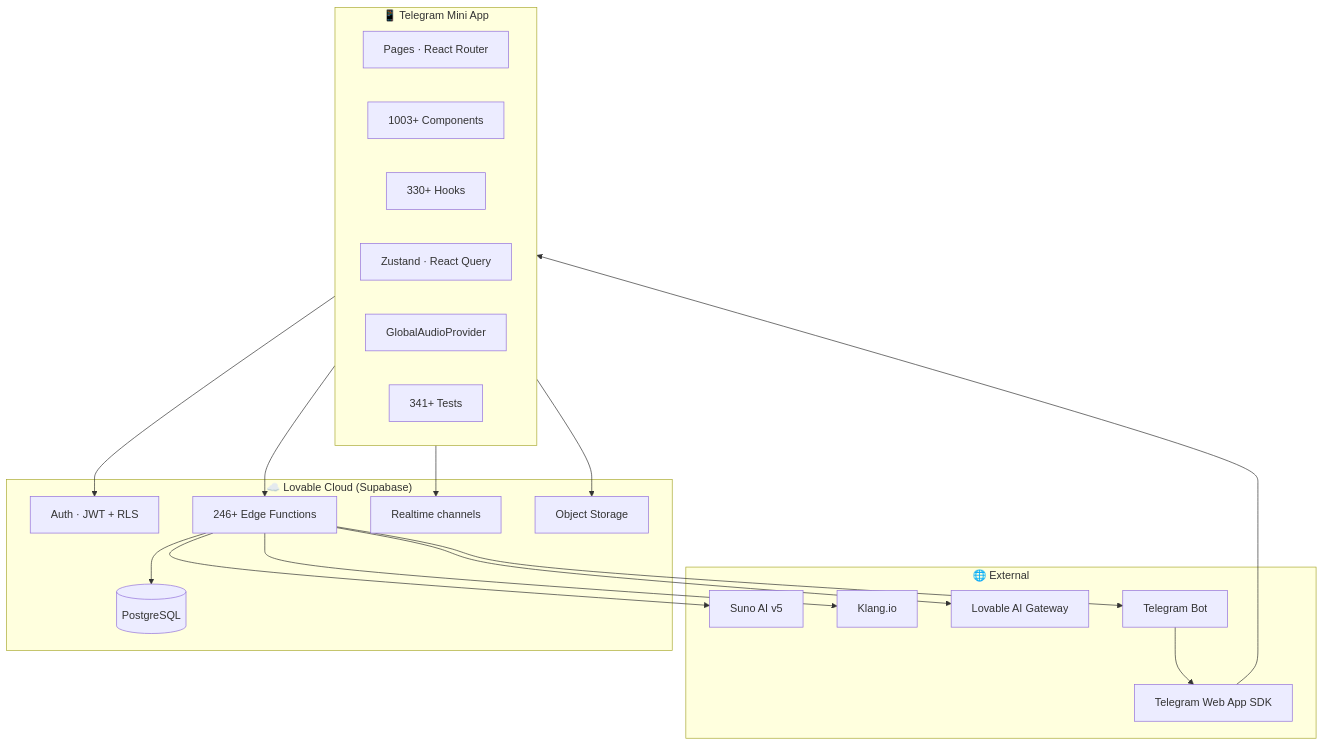
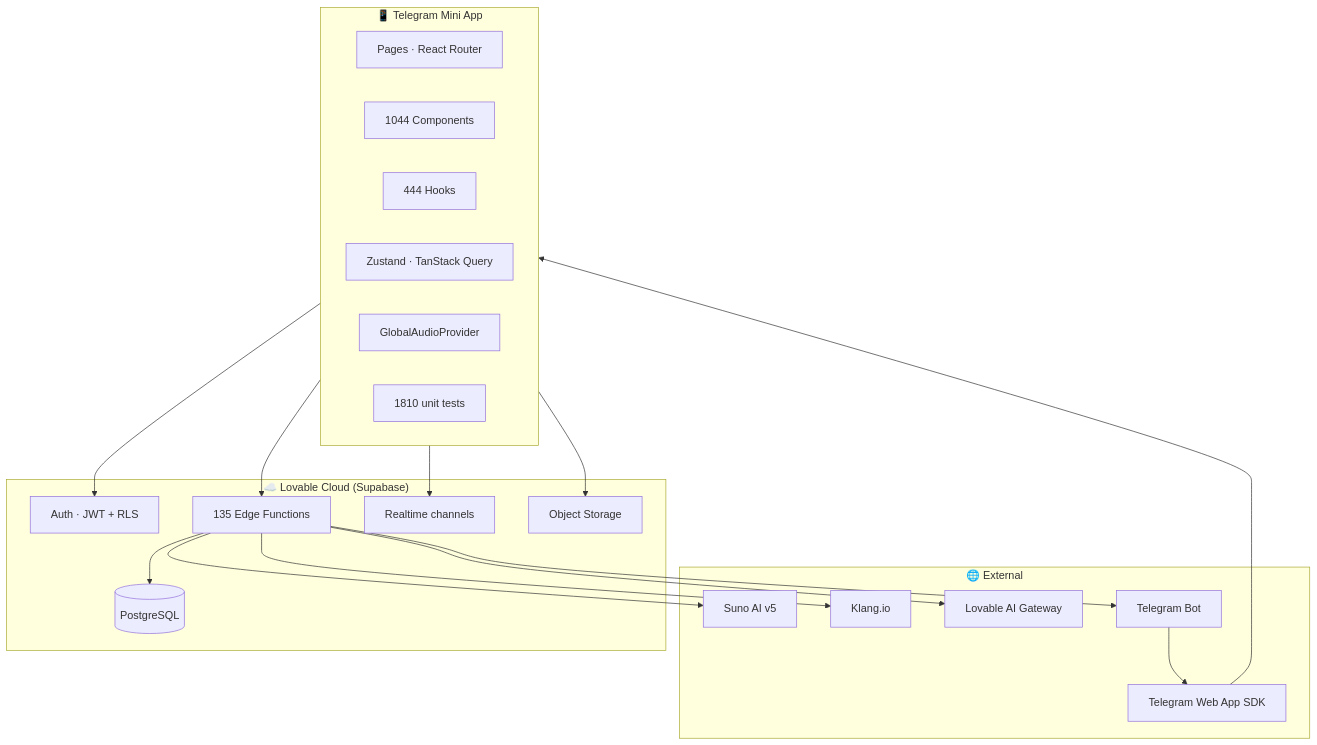
One commit to HOW2AI-AGENCY/aimusicverse changed the first of 4 diagrams in ARCHITECTURE_HUB.md. Above: the diagram before and after it, drawn with Mermaid. The commit also changed other lines of this file and 43 other files, not shown here.

````diff
--- a/ARCHITECTURE_HUB.md
+++ b/ARCHITECTURE_HUB.md
@@ -31,36 +31,36 @@
 ```mermaid
 flowchart TB
     subgraph Client["📱 Telegram Mini App"]
         Pages[Pages · React Router]
-        Comps[1003+ Components]
-        Hooks[330+ Hooks]
-        State[Zustand · React Query]
+        Comps[1044 Components]
+        Hooks[444 Hooks]
+        State[Zustand · TanStack Query]
         Audio[GlobalAudioProvider]
-        Tests[341+ Tests]
+        Tests[1810 unit tests]
     end
     subgraph Backend["☁️ Lovable Cloud (Supabase)"]
         Auth[Auth · JWT + RLS]
         DB[(PostgreSQL)]
-        Edge[246+ Edge Functions]
+        Edge[135 Edge Functions]
         Storage[Object Storage]
         Realtime[Realtime channels]
     end
     subgraph External["🌐 External"]
         Suno[Suno AI v5]
         Klang[Klang.io]
         Gateway[Lovable AI Gateway]
         Bot[Telegram Bot]
         TG[Telegram Web App SDK]
     end
     Client --> Auth
     Client --> Edge
     Client --> Realtime
     Client --> Storage
     Edge --> DB
     Edge --> Suno
     Edge --> Klang
     Edge --> Gateway
     Edge --> Bot
     Bot --> TG
     TG --> Client
 ```
````
